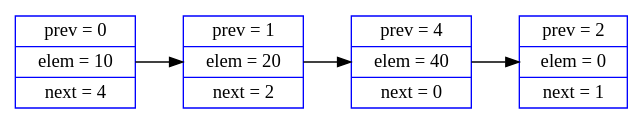
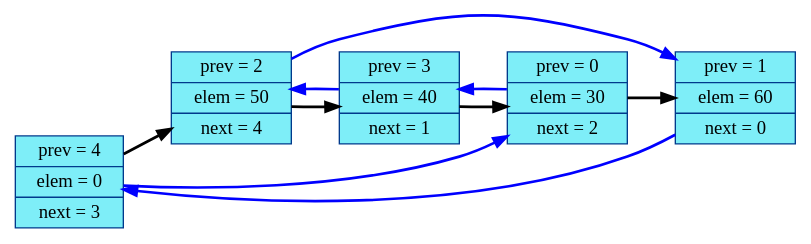
Before and after one commit to Dariazeml1007/List: the diagram in dump.dot, drawn with Graphviz. The commit also changed 4 other files, not shown here.

```diff
--- a/dump.dot
+++ b/dump.dot
@@ -1,8 +1,12 @@
 digraph structs {
 rankdir=LR;
-node[color= "blue" ,fontsize=14];
-el_0 [shape=record, label="prev = 0 | elem = 10 | next = 4"];
-el_1 [shape=record, label="prev = 1 | elem = 20 | next = 2"];
-el_2 [shape=record, label="prev = 4 | elem = 40 | next = 0"];
-el_3 [shape=record, label="prev = 2 | elem = 0 | next = 1"];
-el_0->el_1->el_2->el_3;}
+node[color= "#003A8C",style="filled", fillcolor="#7EEEF8", fontsize=14];
+edge[color="black", style="bold", fontsize=14];
+el_0 [shape=record, label="prev = 4 | elem = 0 | next = 3"];
+el_1 [shape=record, label="prev = 2 | elem = 50 | next = 4"];
+el_2 [shape=record, label="prev = 3 | elem = 40 | next = 1"];
+el_3 [shape=record, label="prev = 0 | elem = 30 | next = 2"];
+el_4 [shape=record, label="prev = 1 | elem = 60 | next = 0"];
+el_0->el_1->el_2->el_3->el_4;
+edge[color="blue",fontsize=12];
+el_0->el_3->el_2->el_1->el_4->el_0;}
```
